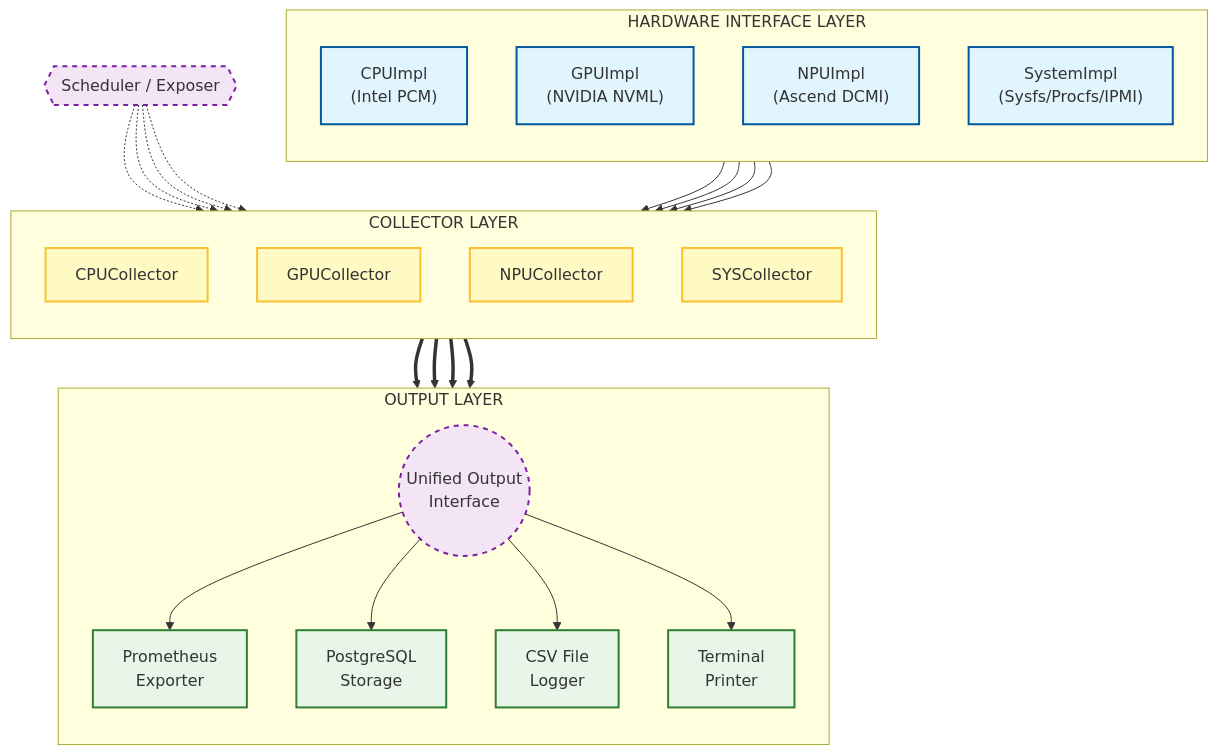
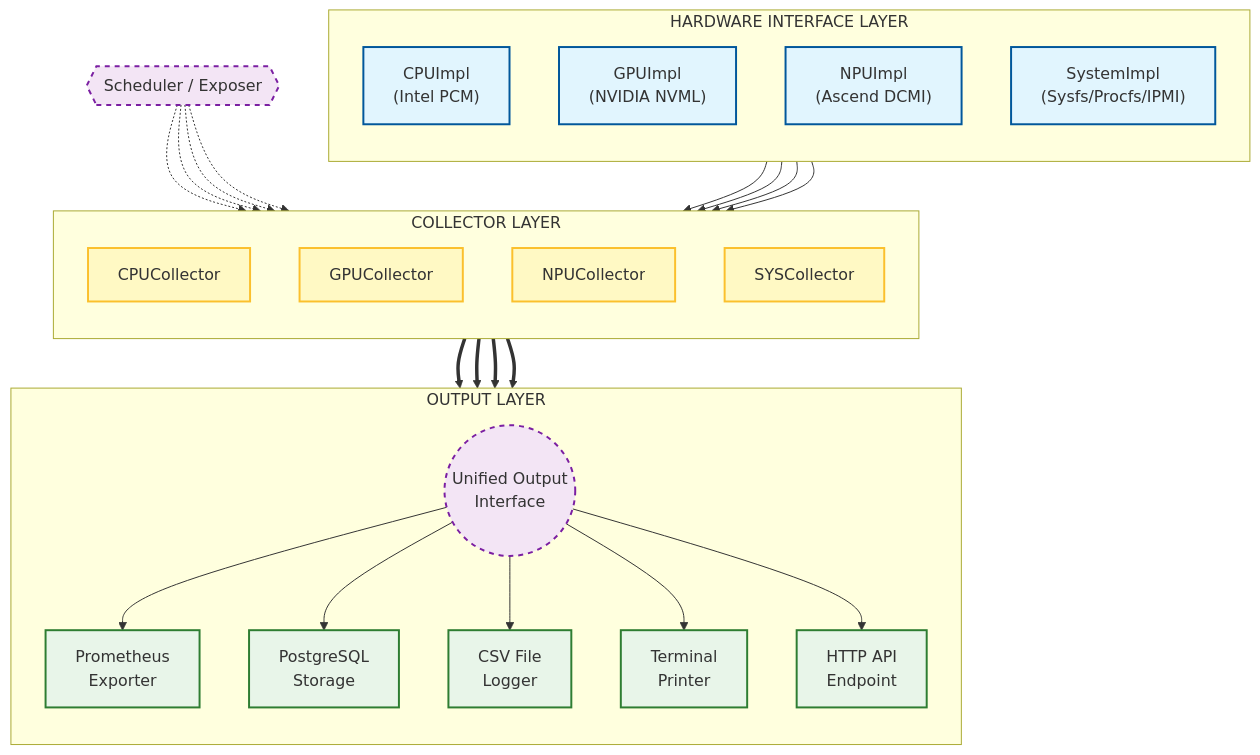
The diagram in README.md (cocodechen/HwGauge), drawn with Mermaid before and after one commit. The commit also changed other lines of this file and 10 other files, not shown here.

````diff
--- a/README.md
+++ b/README.md
@@ -21,54 +22,56 @@
 ```mermaid
 flowchart TD
     %% Style Definitions
     classDef hardware fill:#e1f5fe,stroke:#01579b,stroke-width:2px;
     classDef collector fill:#fff9c4,stroke:#fbc02d,stroke-width:2px;
     classDef output fill:#e8f5e9,stroke:#2e7d32,stroke-width:2px;
     classDef interface fill:#f3e5f5,stroke:#7b1fa2,stroke-width:2px,stroke-dasharray: 5 5;
 
     subgraph HardwareLayer ["HARDWARE INTERFACE LAYER"]
         direction TB
         A1["CPUImpl<br/>(Intel PCM)"]:::hardware
         A2["GPUImpl<br/>(NVIDIA NVML)"]:::hardware
         A3["NPUImpl<br/>(Ascend DCMI)"]:::hardware
         A4["SystemImpl<br/>(Sysfs/Procfs/IPMI)"]:::hardware
     end
 
     subgraph CollectorLayer ["COLLECTOR LAYER"]
         direction TB
         B1["CPUCollector"]:::collector
         B2["GPUCollector"]:::collector
         B3["NPUCollector"]:::collector
         B4["SYSCollector"]:::collector
     end
 
     subgraph OutputLayer ["OUTPUT LAYER"]
         direction TB
         %% Logical Aggregation Node
         O_Proxy(("Unified Output<br/>Interface")):::interface
         
         C1["Prometheus<br/>Exporter"]:::output
         C2["PostgreSQL<br/>Storage"]:::output
         C3["CSV File<br/>Logger"]:::output
         C4["Terminal<br/>Printer"]:::output
+        C5["HTTP API<br/>Endpoint"]:::output
     end
 
     %% Core Scheduler
     D{{Scheduler / Exposer}}:::interface
 
     %% Relations
     D -.-> B1 & B2 & B3 & B4
 
     A1 --> B1
     A2 --> B2
     A3 --> B3
     A4 --> B4
 
     %% Collectors to Proxy
     B1 & B2 & B3 & B4 ==> O_Proxy
     
     O_Proxy --> C1
     O_Proxy --> C2
     O_Proxy --> C3
     O_Proxy --> C4
+    O_Proxy --> C5
 ```
````
